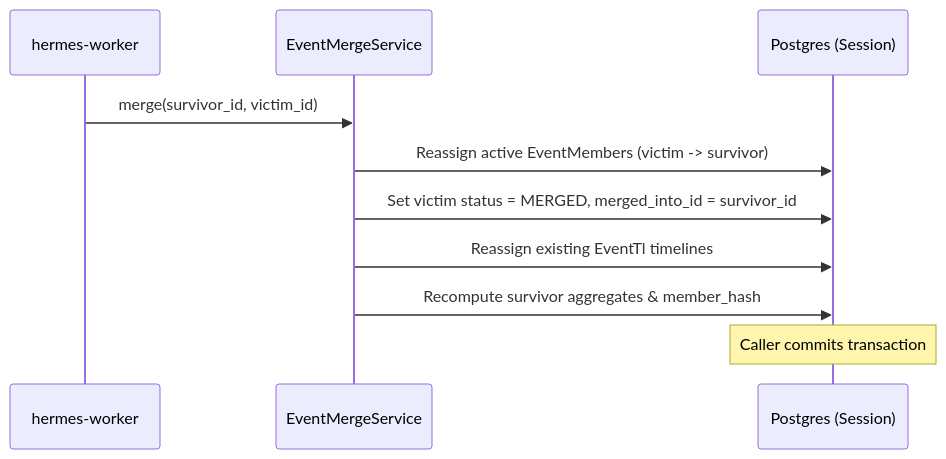
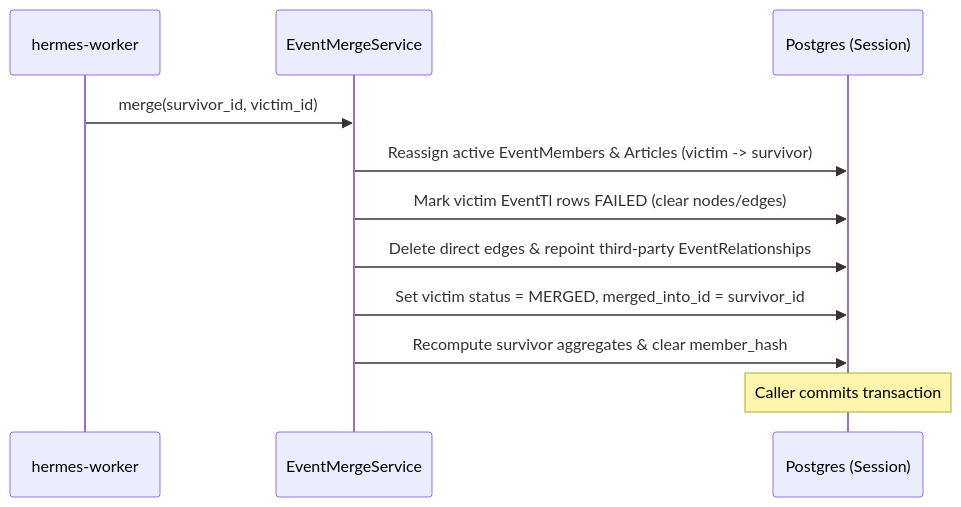
One commit to paavann/hermes changed the third of 3 diagrams in libs/shared/hermes-db/docs/architecture.md. Above: the diagram before and after it, drawn with Mermaid. The commit also changed other lines of this file and 19 other files, not shown here.

````diff
--- a/libs/shared/hermes-db/docs/architecture.md
+++ b/libs/shared/hermes-db/docs/architecture.md
@@ -487,13 +507,14 @@
 ```mermaid
 sequenceDiagram
     participant Worker as hermes-worker
     participant MergeSvc as EventMergeService
     participant DB as Postgres (Session)
 
     Worker->>MergeSvc: merge(survivor_id, victim_id)
-    MergeSvc->>DB: Reassign active EventMembers (victim -> survivor)
+    MergeSvc->>DB: Reassign active EventMembers & Articles (victim -> survivor)
+    MergeSvc->>DB: Mark victim EventTl rows FAILED (clear nodes/edges)
+    MergeSvc->>DB: Delete direct edges & repoint third-party EventRelationships
     MergeSvc->>DB: Set victim status = MERGED, merged_into_id = survivor_id
-    MergeSvc->>DB: Reassign existing EventTl timelines
-    MergeSvc->>DB: Recompute survivor aggregates & member_hash
+    MergeSvc->>DB: Recompute survivor aggregates & clear member_hash
     Note over DB: Caller commits transaction
 ```
````
